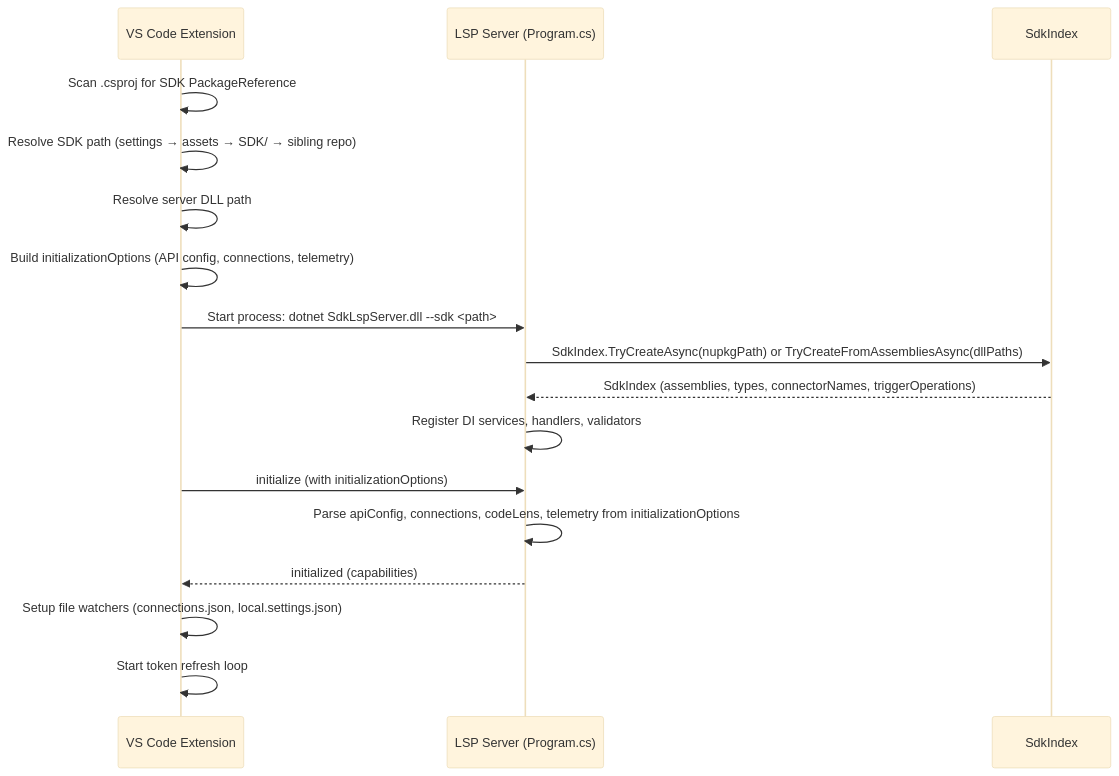
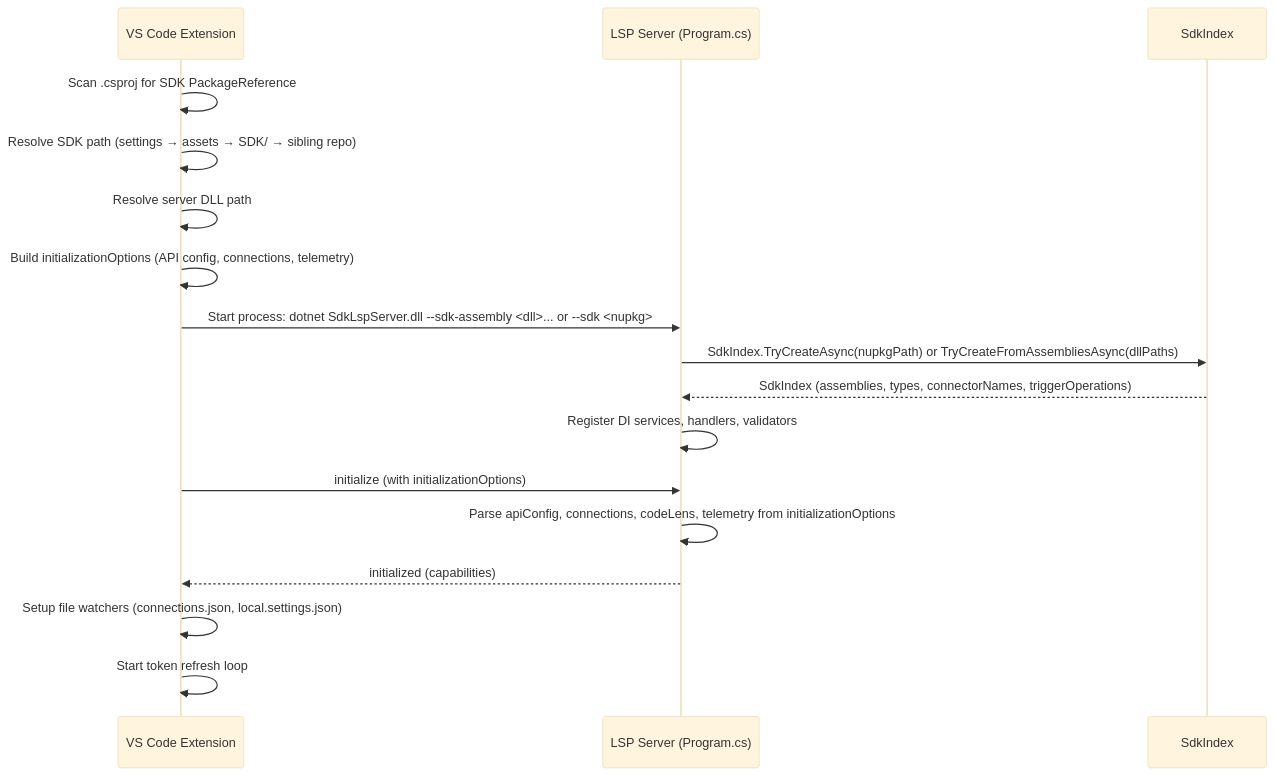
One commit to Azure/Connectors-NET-LSP changed the first of 5 diagrams in Docs/architecture.md. Above: the diagram before and after it, drawn with Mermaid (base theme). The commit also changed other lines of this file, not shown here.

Commit message:
Address PR feedback: fix relative links, --sdk-assembly docs, semantic validator mention

````diff
--- a/Docs/architecture.md
+++ b/Docs/architecture.md
@@ -97,20 +97,20 @@
 ```mermaid
 sequenceDiagram
     participant VSCode as VS Code Extension
     participant Server as LSP Server (Program.cs)
     participant Index as SdkIndex
 
     VSCode->>VSCode: Scan .csproj for SDK PackageReference
     VSCode->>VSCode: Resolve SDK path (settings → assets → SDK/ → sibling repo)
     VSCode->>VSCode: Resolve server DLL path
     VSCode->>VSCode: Build initializationOptions (API config, connections, telemetry)
-    VSCode->>Server: Start process: dotnet SdkLspServer.dll --sdk <path>
+    VSCode->>Server: Start process: dotnet SdkLspServer.dll --sdk-assembly <dll>... or --sdk <nupkg>
     Server->>Index: SdkIndex.TryCreateAsync(nupkgPath) or TryCreateFromAssembliesAsync(dllPaths)
     Index-->>Server: SdkIndex (assemblies, types, connectorNames, triggerOperations)
     Server->>Server: Register DI services, handlers, validators
     VSCode->>Server: initialize (with initializationOptions)
     Server->>Server: Parse apiConfig, connections, codeLens, telemetry from initializationOptions
     Server-->>VSCode: initialized (capabilities)
     VSCode->>VSCode: Setup file watchers (connections.json, local.settings.json)
     VSCode->>VSCode: Start token refresh loop
 ```
````
